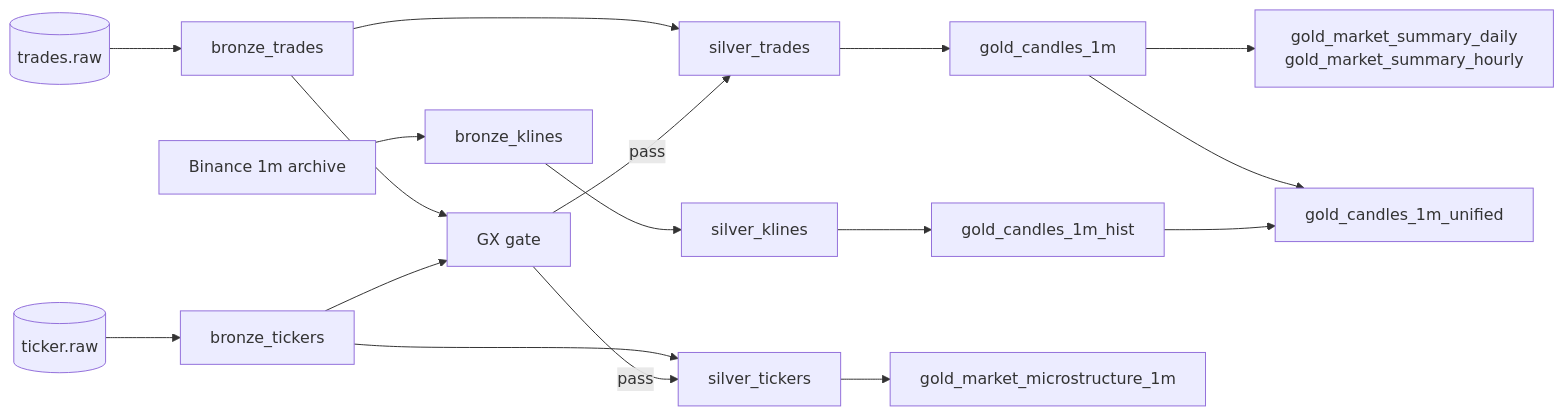
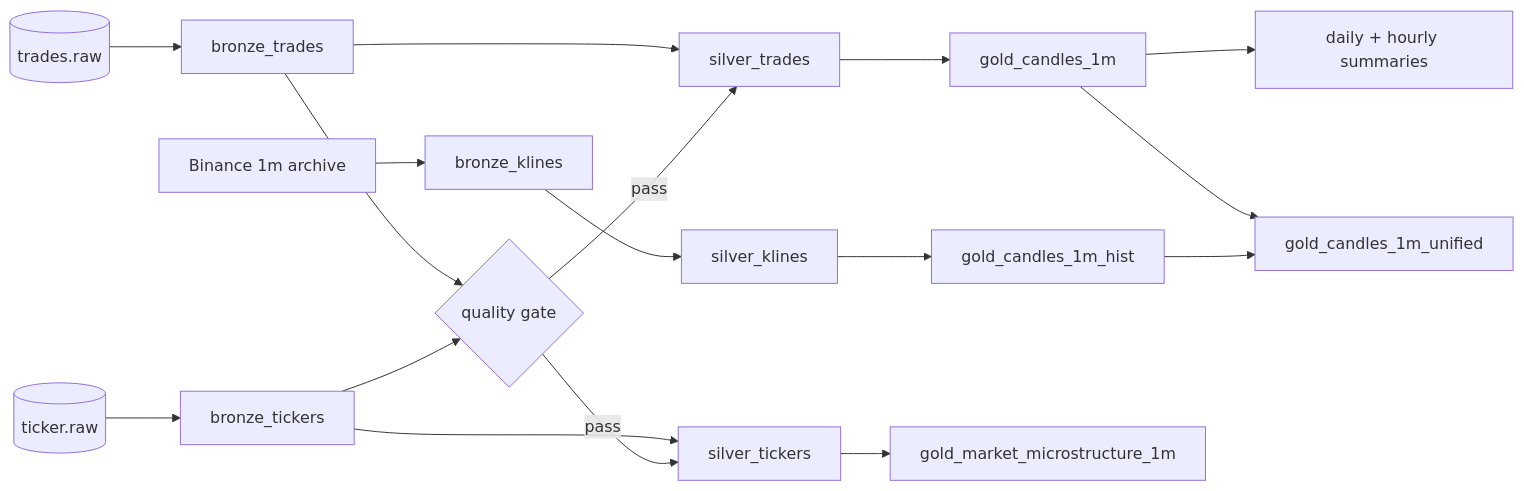
Before and after one commit to Danselem/tickstream: the diagram in docs/data-model.md, drawn with Mermaid. The commit also changed other lines of this file and 10 other files, not shown here.

````diff
--- a/docs/data-model.md
+++ b/docs/data-model.md
@@ -9,13 +21,13 @@
 ```mermaid
 flowchart LR
-  TR[(trades.raw)] --> BT[bronze_trades] --> ST[silver_trades] --> GC[gold_candles_1m]
-  GC --> SUM[gold_market_summary_daily<br/>gold_market_summary_hourly]
-  GC --> UNI[gold_candles_1m_unified]
-  BA[Binance 1m archive] --> BK[bronze_klines] --> SK[silver_klines] --> GH[gold_candles_1m_hist]
-  GH --> UNI
-  TK[(ticker.raw)] --> BTI[bronze_tickers] --> STI[silver_tickers] --> MIC[gold_market_microstructure_1m]
-  BT --> GX[GX gate]
-  BTI --> GX
-  GX -->|pass| ST
-  GX -->|pass| STI
+    TR[(trades.raw)] --> BT[bronze_trades] --> ST[silver_trades] --> GC[gold_candles_1m]
+    GC --> SUM[daily + hourly summaries]
+    GC --> UNI[gold_candles_1m_unified]
+    BA[Binance 1m archive] --> BK[bronze_klines] --> SK[silver_klines] --> GH[gold_candles_1m_hist]
+    GH --> UNI
+    TK[(ticker.raw)] --> BTI[bronze_tickers] --> STI[silver_tickers] --> MIC[gold_market_microstructure_1m]
+    BT --> GX{quality gate}
+    BTI --> GX
+    GX -->|pass| ST
+    GX -->|pass| STI
 ```
````
